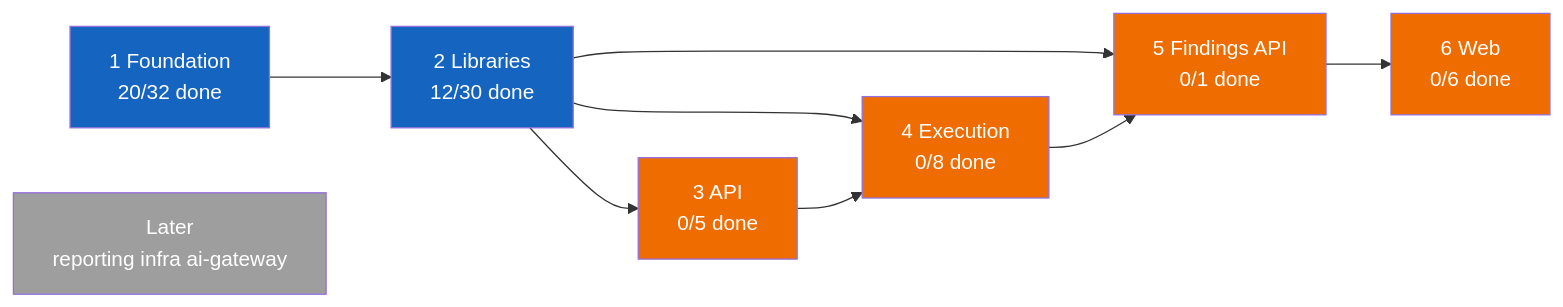
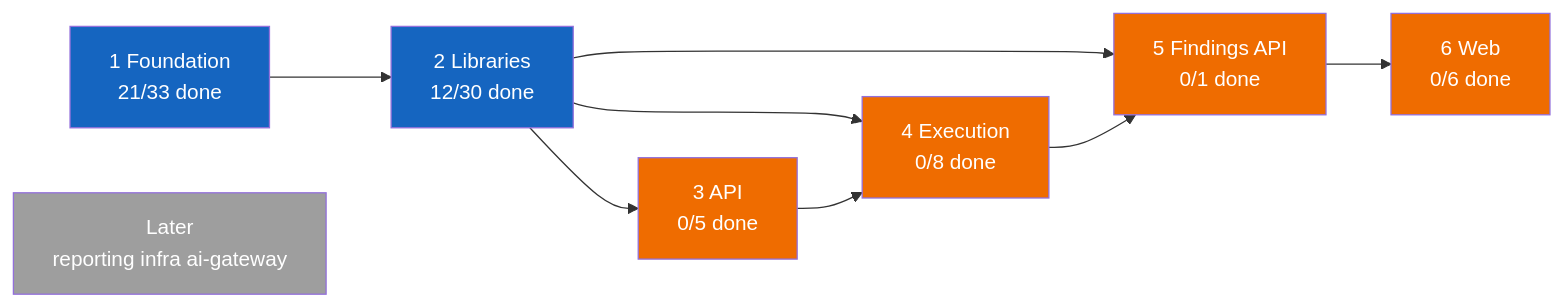
The first of 2 diagrams in PROGRESS.md (vulcanflow/docs), drawn with Mermaid before and after one commit. The commit also changed other lines of this file and 1 other file, not shown here.

````diff
--- a/PROGRESS.md
+++ b/PROGRESS.md
@@ -24,31 +24,31 @@
 ```mermaid
 flowchart LR
-  P1["1 Foundation<br/>20/32 done"]
+  P1["1 Foundation<br/>21/33 done"]
   P2["2 Libraries<br/>12/30 done"]
   P3["3 API<br/>0/5 done"]
   P4["4 Execution<br/>0/8 done"]
   P5["5 Findings API<br/>0/1 done"]
   P6["6 Web<br/>0/6 done"]
   L["Later<br/>reporting infra ai-gateway"]
 
   P1 --> P2
   P2 --> P3
   P2 --> P4
   P3 --> P4
   P2 --> P5
   P4 --> P5
   P5 --> P6
 
   classDef done fill:#2e7d32,color:#fff
   classDef active fill:#1565c0,color:#fff
   classDef held fill:#9e9e9e,color:#fff
   classDef blocked fill:#ef6c00,color:#fff
 
   class P1 active
   class P2 active
   class P3 blocked
   class P4 blocked
   class P5 blocked
   class P6 blocked
   class L held
 ```
````
